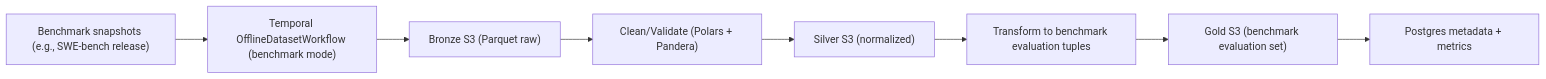
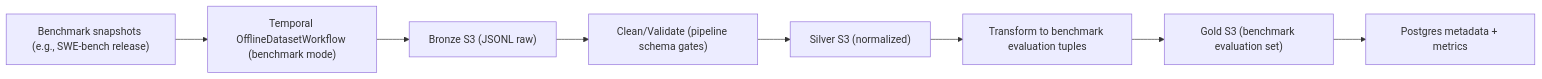
The first of 2 diagrams in docs/dataset-pipeline-plan.md (UofT-CSC490-W2026/Lighthouse), drawn with Mermaid before and after one commit. The commit also changed other lines of this file and 6 other files, not shown here.

````diff
--- a/docs/dataset-pipeline-plan.md
+++ b/docs/dataset-pipeline-plan.md
@@ -119,10 +143,10 @@
 ```mermaid
 flowchart LR
   A["Benchmark snapshots (e.g., SWE-bench release)"] --> B["Temporal OfflineDatasetWorkflow (benchmark mode)"]
-  B --> C["Bronze S3 (Parquet raw)"]
-  C --> D["Clean/Validate (Polars + Pandera)"]
+  B --> C["Bronze S3 (JSONL raw)"]
+  C --> D["Clean/Validate (pipeline schema gates)"]
   D --> E["Silver S3 (normalized)"]
   E --> F["Transform to benchmark evaluation tuples"]
   F --> G["Gold S3 (benchmark evaluation set)"]
   G --> H["Postgres metadata + metrics"]
 ```
````
